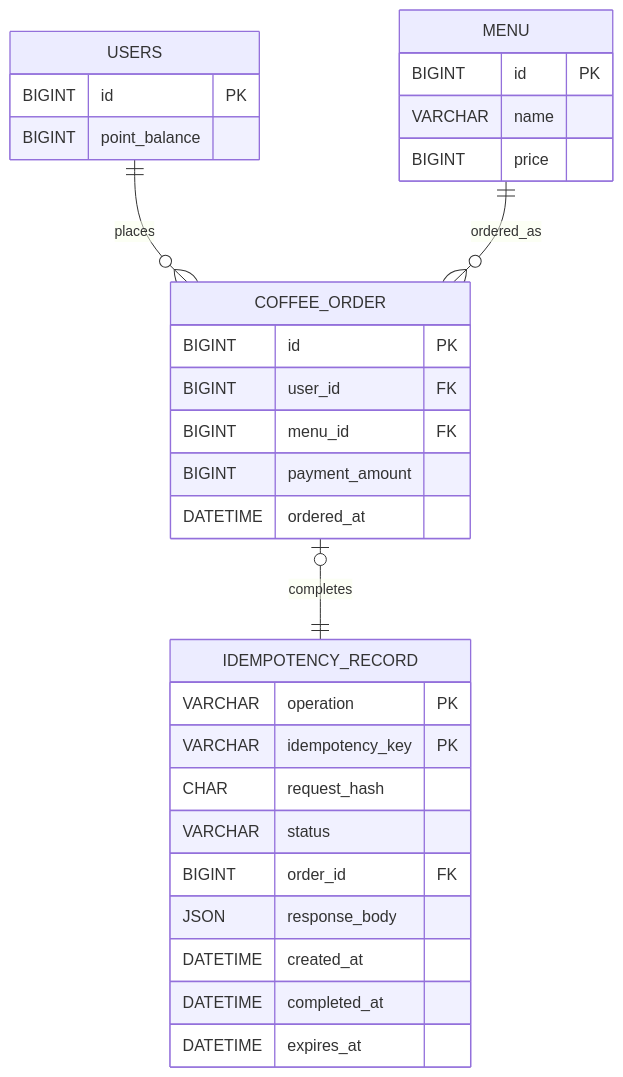
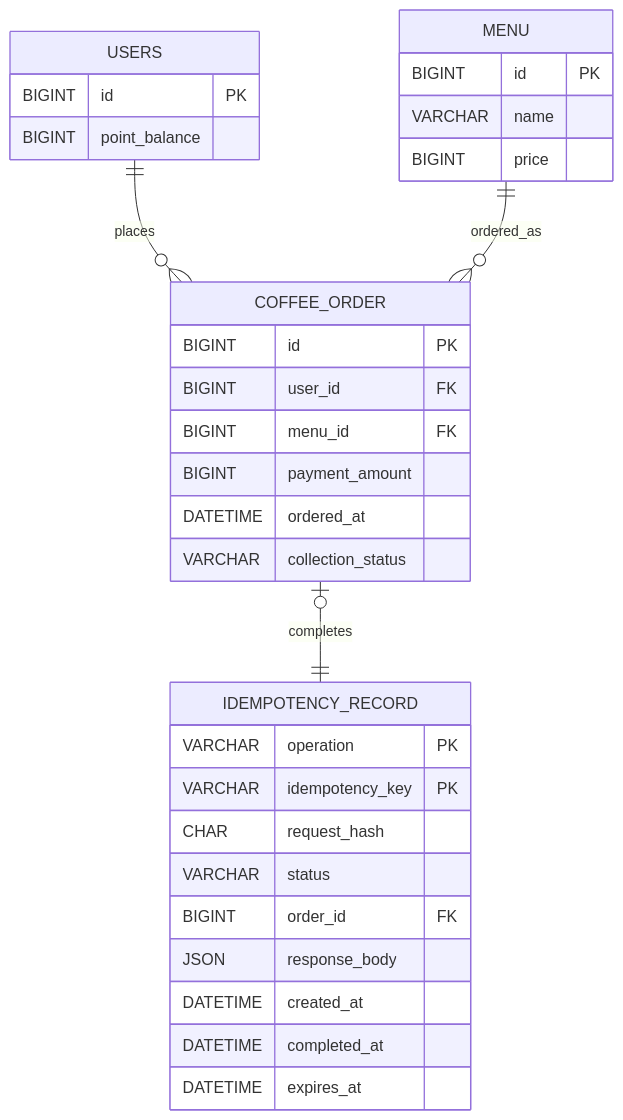
Before and after one commit to Astro-Luminoso/nbc-coffee-order-system: the diagram in docs/ERD.md, drawn with Mermaid. The commit also changed other lines of this file and 3 other files, not shown here.

````diff
--- a/docs/ERD.md
+++ b/docs/ERD.md
@@ -13,37 +13,38 @@
 ```mermaid
 erDiagram
     USERS {
         BIGINT id PK
         BIGINT point_balance
     }
 
     MENU {
         BIGINT id PK
         VARCHAR name
         BIGINT price
     }
 
     COFFEE_ORDER {
         BIGINT id PK
         BIGINT user_id FK
         BIGINT menu_id FK
         BIGINT payment_amount
         DATETIME ordered_at
+        VARCHAR collection_status
     }
 
     IDEMPOTENCY_RECORD {
         VARCHAR operation PK
         VARCHAR idempotency_key PK
         CHAR request_hash
         VARCHAR status
         BIGINT order_id FK
         JSON response_body
         DATETIME created_at
         DATETIME completed_at
         DATETIME expires_at
     }
 
     USERS ||--o{ COFFEE_ORDER : places
     MENU ||--o{ COFFEE_ORDER : ordered_as
     COFFEE_ORDER o|--|| IDEMPOTENCY_RECORD : completes
 ```
````
